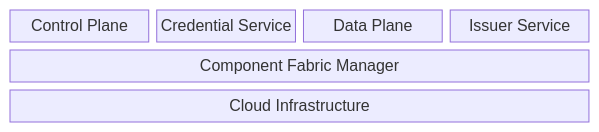
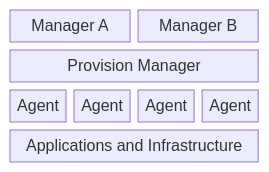
Before and after one commit to eclipse-cfm/cfm: the first of 2 diagrams in docs/developer/architecture/system.architecture.md, drawn with Mermaid. The commit also changed other lines of this file and 18 other files, not shown here.

````diff
--- a/docs/developer/architecture/system.architecture.md
+++ b/docs/developer/architecture/system.architecture.md
@@ -22,10 +16,12 @@
 ```mermaid
 block-beta
     columns 4
-    CP ["Control Plane"]
-    CS ["Credential Service"]
-    DP ["Data Plane"]
-    IS ["Issuer Service"]
-    CFM ["Component Fabric Manager"]:4
-    CIF ["Cloud Infrastructure"]:4
+    M1 ["Manager A"]:2
+    M2 ["Manager B"]:2
+    PM ["Provision Manager"]:4
+    A1 ["Agent"]
+    A2 ["Agent"]
+    A3 ["Agent"]
+    A4 ["Agent"]
+    INF ["Applications and Infrastructure"]:4
 ```
````
